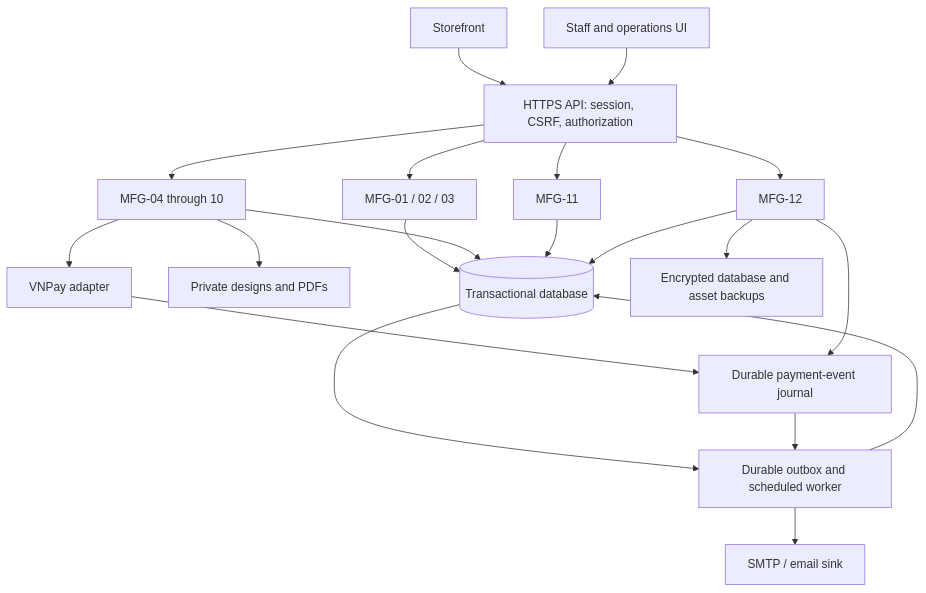
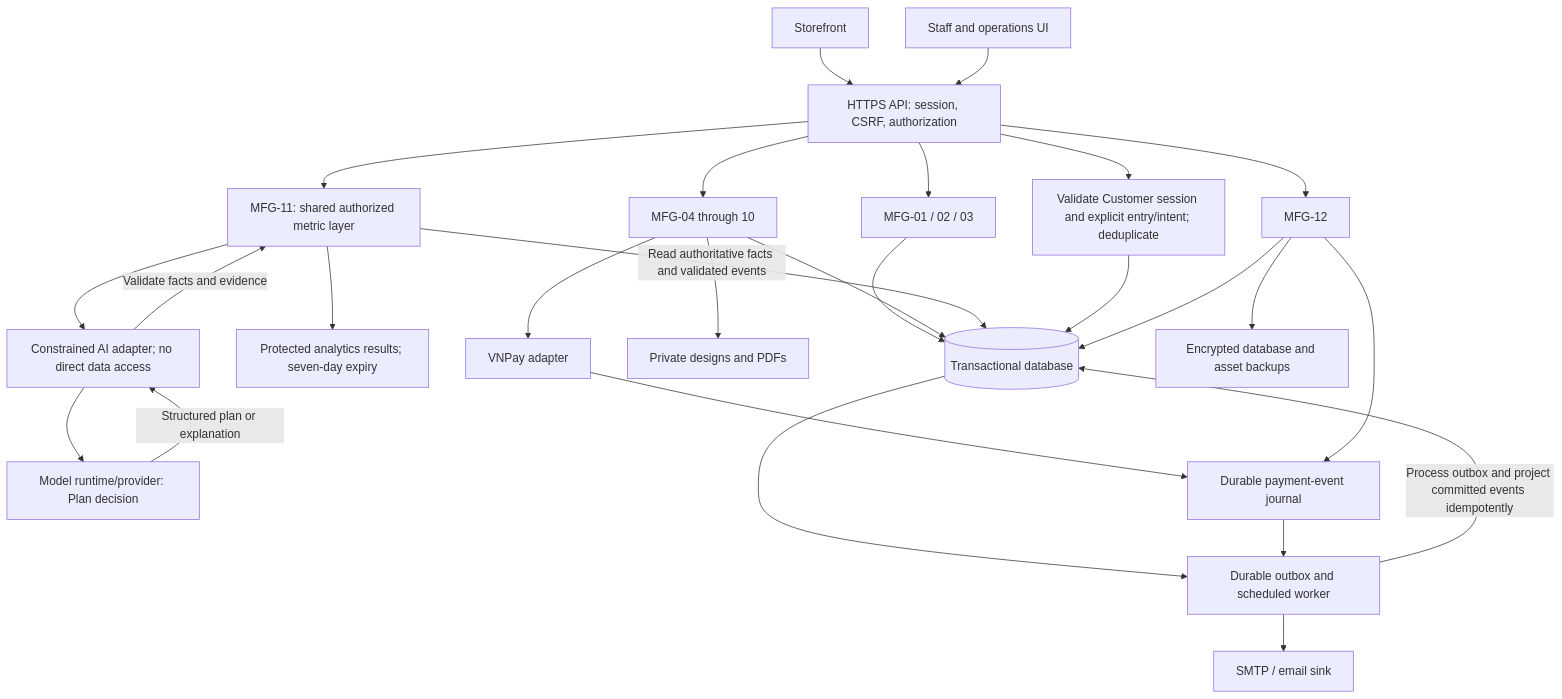
Before and after one commit to ankhanhwork/weavelink-project: the diagram in docs/spec/docs/architecture/system-configuration.md, drawn with Mermaid. The commit also changed other lines of this file and 23 other files, not shown here.

````diff
--- a/docs/spec/docs/architecture/system-configuration.md
+++ b/docs/spec/docs/architecture/system-configuration.md
@@ -5,22 +5,29 @@
 ```mermaid
 flowchart TD
     PublicUI["Storefront"] --> Edge["HTTPS API: session, CSRF, authorization"]
     StaffUI["Staff and operations UI"] --> Edge
     Edge --> Identity["MFG-01 / 02 / 03"]
     Edge --> Business["MFG-04 through 10"]
-    Edge --> Analytics["MFG-11"]
+    Edge --> Analytics["MFG-11: shared authorized metric layer"]
     Edge --> Ops["MFG-12"]
     Identity --> DB[("Transactional database")]
     Business --> DB
-    Analytics --> DB
+    Analytics -->|Read authoritative facts and validated events| DB
+    Analytics --> Results["Protected analytics results; seven-day expiry"]
+    Analytics --> AI["Constrained AI adapter; no direct data access"]
+    AI --> Model["Model runtime/provider: Plan decision"]
+    Model -->|Structured plan or explanation| AI
+    AI -->|Validate facts and evidence| Analytics
+    Edge --> Collector["Validate Customer session and explicit entry/intent; deduplicate"]
+    Collector --> DB
     Ops --> DB
     Business --> Assets["Private designs and PDFs"]
     DB --> Worker["Durable outbox and scheduled worker"]
     Worker --> Mail["SMTP / email sink"]
     Business --> VNPay["VNPay adapter"]
     VNPay --> Journal["Durable payment-event journal"]
     Journal --> Worker
-    Worker --> DB
+    Worker -->|Process outbox and project committed events idempotently| DB
     Ops --> Backups["Encrypted database and asset backups"]
     Ops --> Journal
 ```
````
